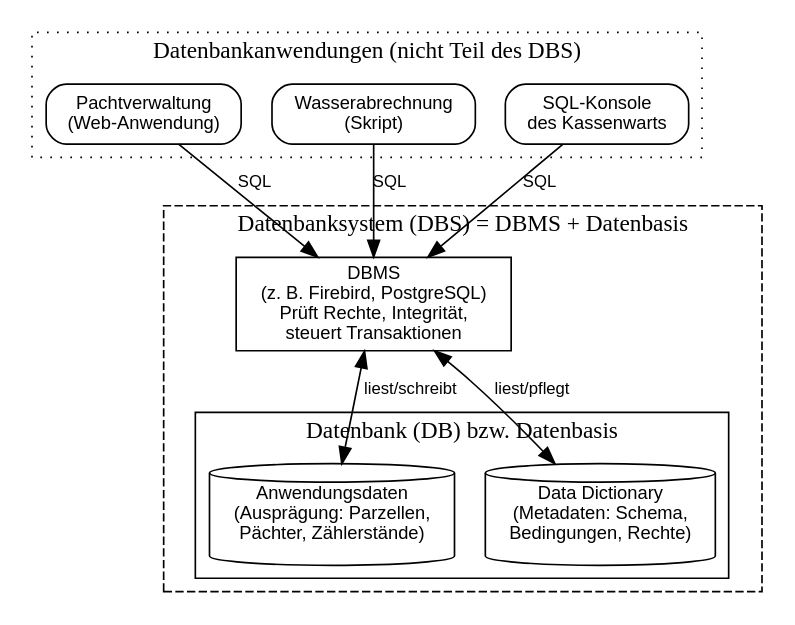
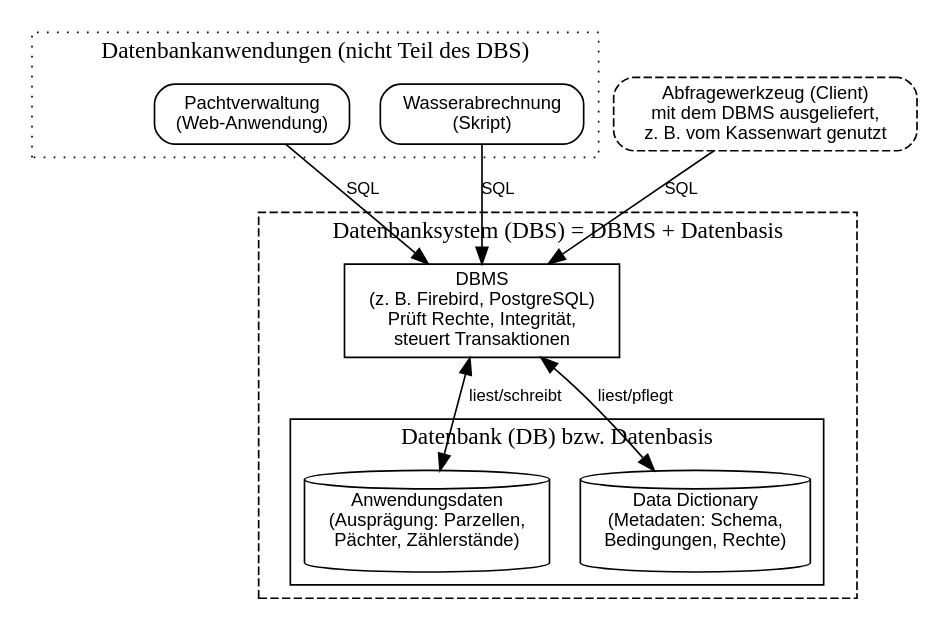
One commit to AlexFractalNode/datenbanken-1-kurs changed the diagram in content/de/topics/t01-grundlagen/diagrams/datenbanksystem-aufbau.dot. Above: the diagram before and after it, drawn with Graphviz. The commit also changed 3 other files, not shown here.

```diff
--- a/content/de/topics/t01-grundlagen/diagrams/datenbanksystem-aufbau.dot
+++ b/content/de/topics/t01-grundlagen/diagrams/datenbanksystem-aufbau.dot
@@ -1,32 +1,34 @@
 // Aufbau eines Datenbanksystems am Beispiel Kleingartenverein (kein ER-Diagramm, sondern Komponentenübersicht)
 digraph datenbanksystem_aufbau {
   rankdir=TB;
   node [fontname="Helvetica", fontsize=11];
   edge [fontname="Helvetica", fontsize=10];
 
   subgraph cluster_anwendungen {
     label="Datenbankanwendungen (nicht Teil des DBS)";
     style=dotted;
     app_pacht [shape=box, style=rounded, label="Pachtverwaltung\n(Web-Anwendung)"];
     app_wasser [shape=box, style=rounded, label="Wasserabrechnung\n(Skript)"];
-    app_sql [shape=box, style=rounded, label="SQL-Konsole\ndes Kassenwarts"];
   }
+
+  // mitgelieferter Client: Zugangsweg des DBMS, keine Datenbankanwendung
+  app_sql [shape=box, style="rounded,dashed", label="Abfragewerkzeug (Client)\nmit dem DBMS ausgeliefert,\nz. B. vom Kassenwart genutzt"];
 
   subgraph cluster_dbs {
     label="Datenbanksystem (DBS) = DBMS + Datenbasis";
     style=dashed;
     dbms [shape=box, label="DBMS\n(z. B. Firebird, PostgreSQL)\nPrüft Rechte, Integrität,\nsteuert Transaktionen"];
     subgraph cluster_db {
       label="Datenbank (DB) bzw. Datenbasis";
       style=solid;
       nutzdaten [shape=cylinder, label="Anwendungsdaten\n(Ausprägung: Parzellen,\nPächter, Zählerstände)"];
       katalog [shape=cylinder, label="Data Dictionary\n(Metadaten: Schema,\nBedingungen, Rechte)"];
     }
   }
 
   app_pacht -> dbms [label="SQL"];
   app_wasser -> dbms [label="SQL"];
   app_sql -> dbms [label="SQL"];
   dbms -> nutzdaten [label="liest/schreibt", dir=both];
   dbms -> katalog [label="liest/pflegt", dir=both];
 }
```
